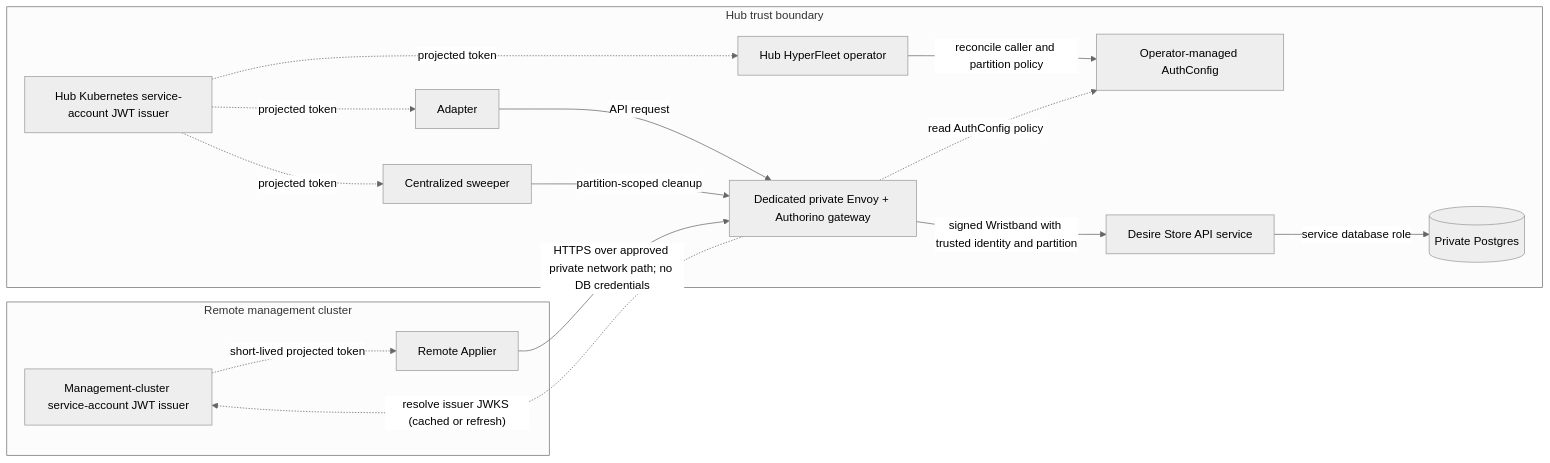
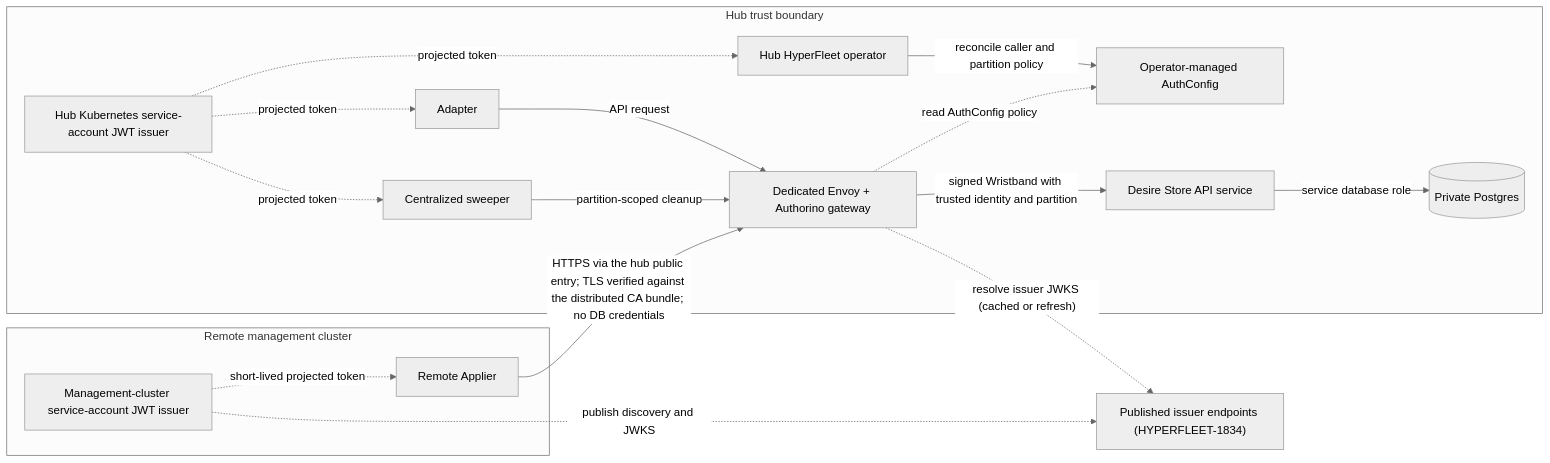
One commit to openshift-hyperfleet/architecture changed the first of 2 diagrams in hyperfleet/docs/desire-store-hld.md. Above: the diagram before and after it, drawn with Mermaid (neutral theme). The commit also changed other lines of this file and 6 other files, not shown here.

First line of the commit message:
HYPERFLEET-1866 - docs: Decide Desire Store gateway reachability and TLS trust (#278)

````diff
--- a/hyperfleet/docs/desire-store-hld.md
+++ b/hyperfleet/docs/desire-store-hld.md
@@ -42,31 +42,35 @@
 ```mermaid
 flowchart LR
     subgraph MC["Remote management cluster"]
         MCISS["Management-cluster service-account JWT issuer"]
         AP["Remote Applier"]
         MCISS -.->|"short-lived projected token"| AP
     end
 
+    PUB["Published issuer endpoints (HYPERFLEET-1834)"]
+
     subgraph HUB["Hub trust boundary"]
         HISS["Hub Kubernetes service-account JWT issuer"]
         AD["Adapter"]
         GC["Centralized sweeper"]
         OP["Hub HyperFleet operator"]
         AC["Operator-managed AuthConfig"]
-        GW["Dedicated private Envoy + Authorino gateway"]
+        GW["Dedicated Envoy + Authorino gateway"]
         DS["Desire Store API service"]
         PG[("Private Postgres")]
 
         HISS -.->|"projected token"| AD
         HISS -.->|"projected token"| GC
         HISS -.->|"projected token"| OP
         AD -->|"API request"| GW
         GC -->|"partition-scoped cleanup"| GW
         OP -->|"reconcile caller and partition policy"| AC
-        AP -->|"HTTPS over approved private network path; no DB credentials"| GW
+        AP -->|"HTTPS via the hub public entry; TLS verified against the distributed CA bundle; no DB credentials"| GW
         GW -->|"signed Wristband with trusted identity and partition"| DS
         GW -.->|"read AuthConfig policy"| AC
-        GW -.->|"resolve issuer JWKS (cached or refresh)"| MCISS
         DS -->|"service database role"| PG
     end
+
+    MCISS -.->|"publish discovery and JWKS"| PUB
+    GW -.->|"resolve issuer JWKS (cached or refresh)"| PUB
 ```
````
